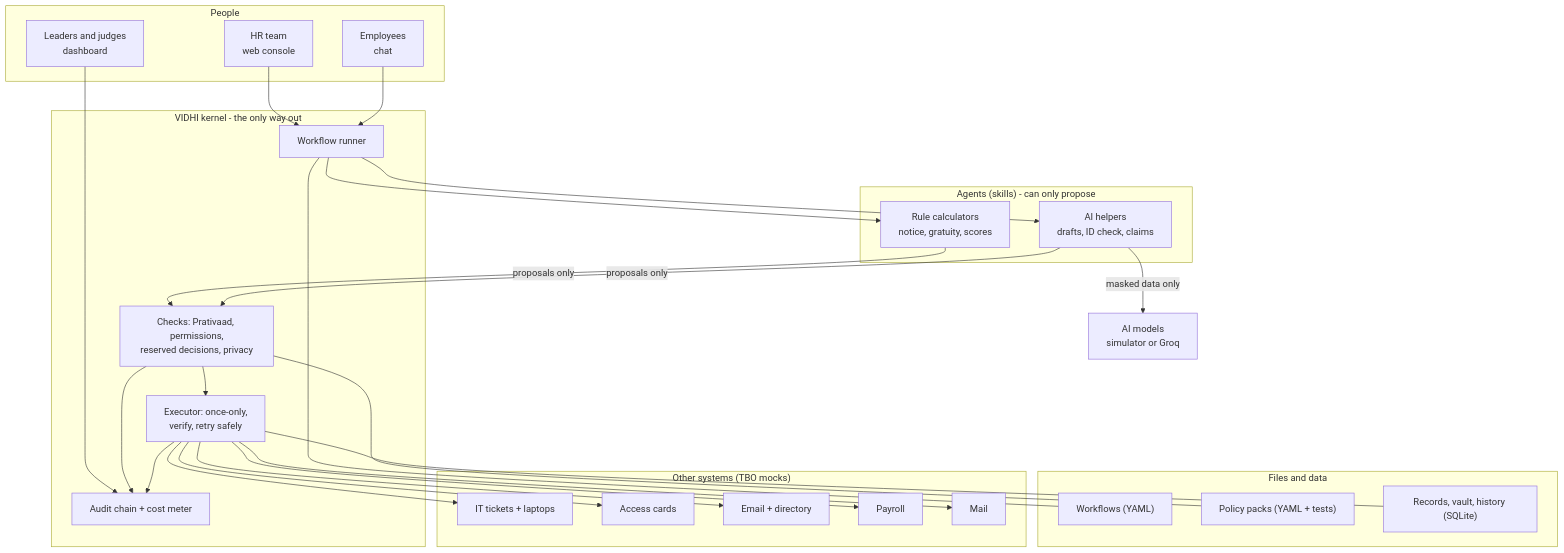
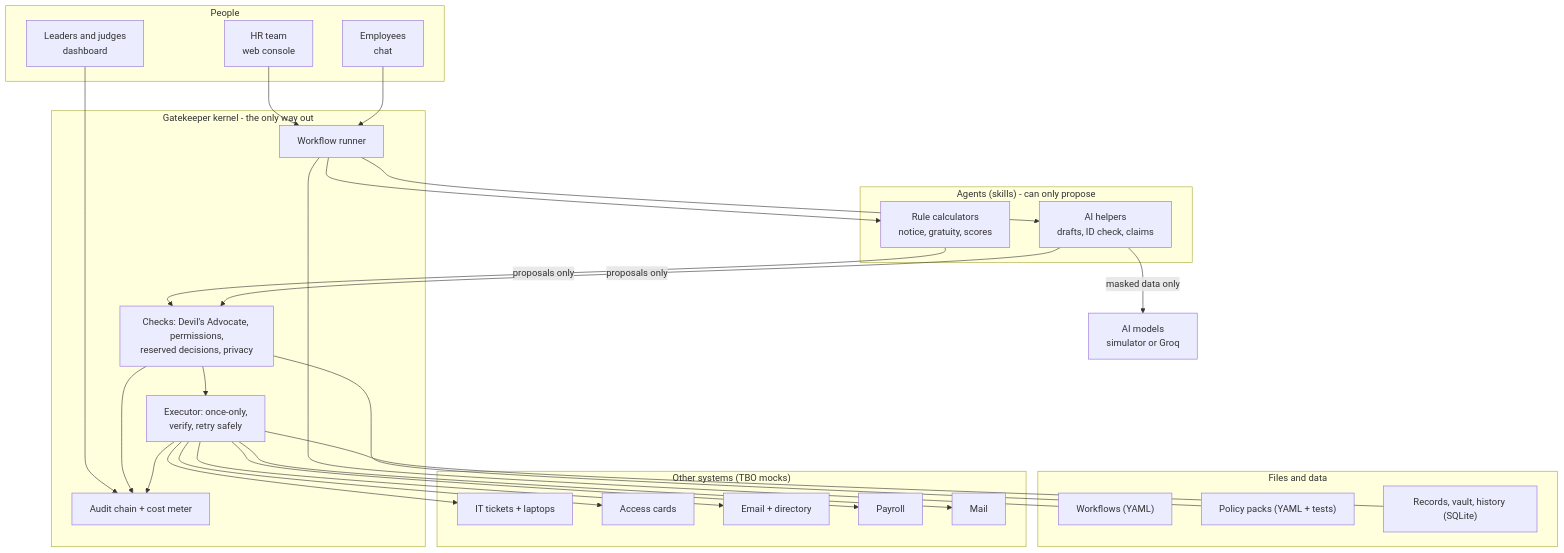
The first of 6 diagrams in docs/ARCHITECTURE_DIAGRAMS.md (sumeettummarmatti/Darwin), drawn with Mermaid before and after one commit. The commit also changed other lines of this file and 23 other files, not shown here.

First line of the commit message:
docs: rename to HR Autopilot, Gatekeeper, Devil's Advocate and FairHire

````diff
--- a/docs/ARCHITECTURE_DIAGRAMS.md
+++ b/docs/ARCHITECTURE_DIAGRAMS.md
@@ -11,49 +11,49 @@
 ```mermaid
 flowchart TB
     subgraph PEOPLE["People"]
         HR["HR team<br/>web console"]
         EMP["Employees<br/>chat"]
         JUDGE["Leaders and judges<br/>dashboard"]
     end
 
     subgraph AGENTS["Agents (skills) - can only propose"]
         S1["Rule calculators<br/>notice, gratuity, scores"]
         S2["AI helpers<br/>drafts, ID check, claims"]
     end
 
-    subgraph KERNEL["VIDHI kernel - the only way out"]
+    subgraph KERNEL["Gatekeeper kernel - the only way out"]
         ORCH["Workflow runner"]
-        GATE["Checks: Prativaad, permissions,<br/>reserved decisions, privacy"]
+        GATE["Checks: Devil's Advocate, permissions,<br/>reserved decisions, privacy"]
         EXEC["Executor: once-only,<br/>verify, retry safely"]
         AUDIT["Audit chain + cost meter"]
     end
 
     subgraph DATA["Files and data"]
         WF["Workflows (YAML)"]
         POL["Policy packs (YAML + tests)"]
         DB["Records, vault, history (SQLite)"]
     end
 
     subgraph OUTSIDE["Other systems (TBO mocks)"]
         IT["IT tickets + laptops"]
         ADM["Access cards"]
         DIR["Email + directory"]
         PAY["Payroll"]
         MAIL["Mail"]
     end
 
     AI["AI models<br/>simulator or Groq"]
 
     HR --> ORCH
     EMP --> ORCH
     JUDGE --> AUDIT
     ORCH --> S1 & S2
     S1 & S2 -->|"proposals only"| GATE
     S2 -->|"masked data only"| AI
     GATE --> EXEC
     EXEC --> IT & ADM & DIR & PAY & MAIL
     ORCH --- WF
     GATE --- POL
     EXEC --- DB
     GATE & EXEC --> AUDIT
 ```
````
